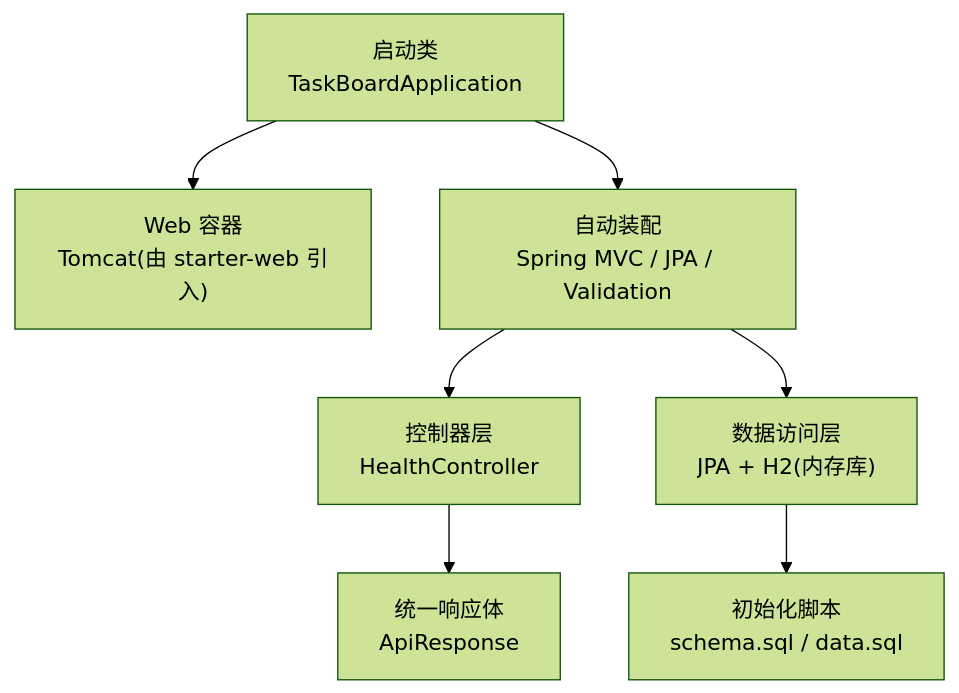
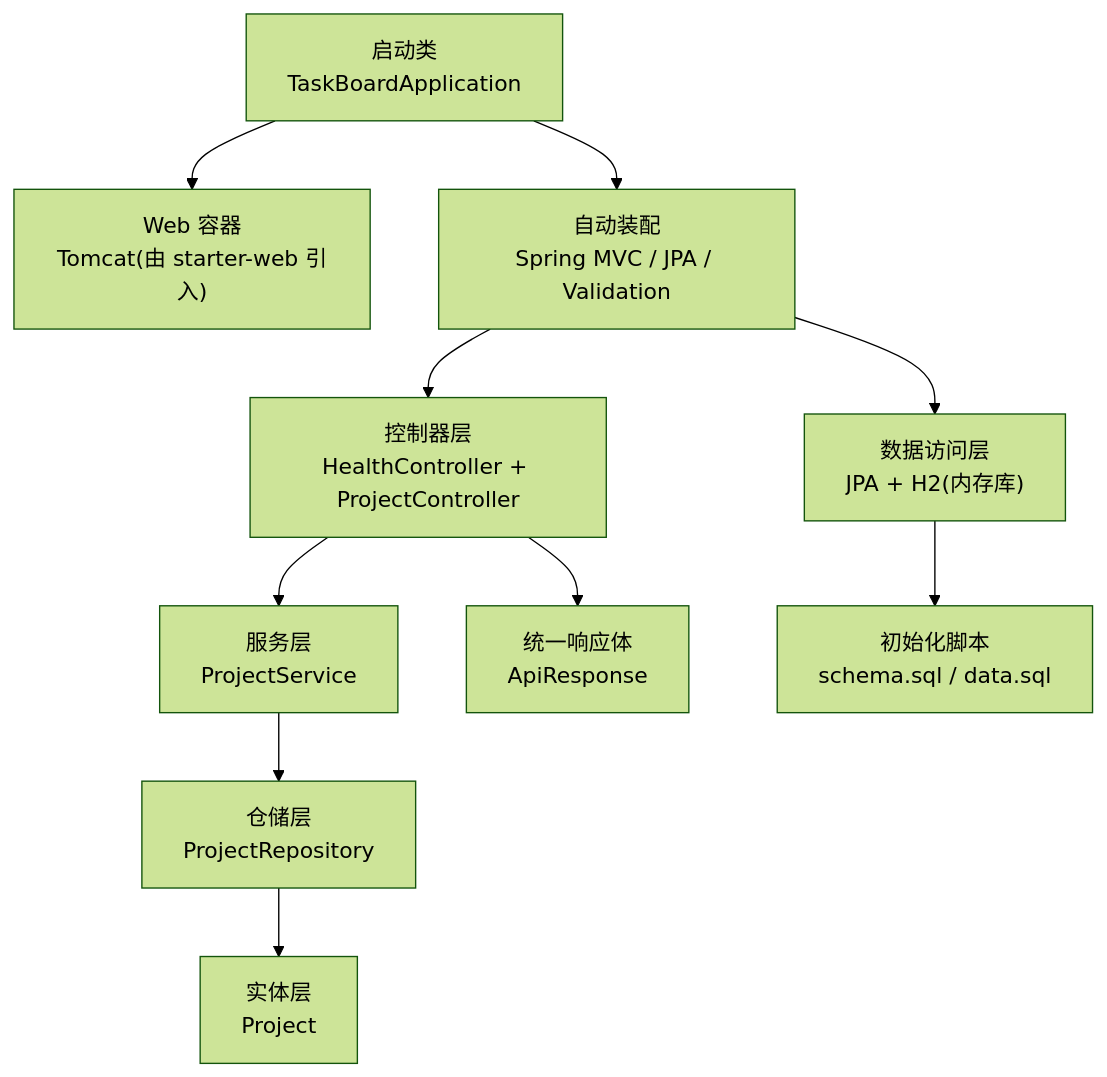
One commit to zhou9832/test1-qoder changed the first of 10 diagrams in .qoder/repowiki/zh/content/后端架构/后端架构.md. Above: the diagram before and after it, drawn with Mermaid (forest theme). The commit also changed other lines of this file and 48 other files, not shown here.

````diff
--- a/.qoder/repowiki/zh/content/后端架构/后端架构.md
+++ b/.qoder/repowiki/zh/content/后端架构/后端架构.md
@@ -38,9 +56,12 @@
 ```mermaid
 graph TB
 A["启动类<br/>TaskBoardApplication"] --> B["Web 容器<br/>Tomcat(由 starter-web 引入)"]
 A --> C["自动装配<br/>Spring MVC / JPA / Validation"]
-C --> D["控制器层<br/>HealthController"]
-D --> E["统一响应体<br/>ApiResponse<T>"]
-C --> F["数据访问层<br/>JPA + H2(内存库)"]
-F --> G["初始化脚本<br/>schema.sql / data.sql"]
+C --> D["控制器层<br/>HealthController + ProjectController"]
+D --> E["服务层<br/>ProjectService"]
+E --> F["仓储层<br/>ProjectRepository"]
+F --> G["实体层<br/>Project"]
+D --> H["统一响应体<br/>ApiResponse<T>"]
+C --> I["数据访问层<br/>JPA + H2(内存库)"]
+I --> J["初始化脚本<br/>schema.sql / data.sql"]
 ```
````
